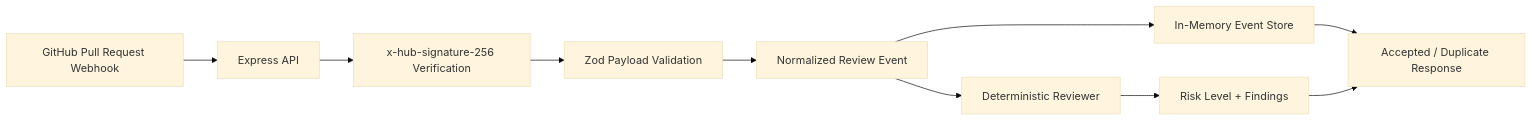
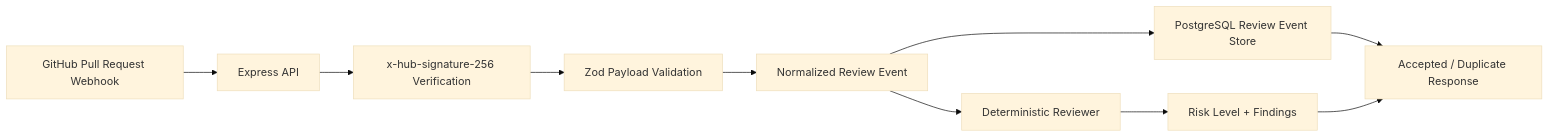
Before and after one commit to Zayedkz/ai-code-review-agent: the diagram in README.md, drawn with Mermaid (base theme). The commit also changed other lines of this file and 8 other files, not shown here.

````diff
--- a/README.md
+++ b/README.md
@@ -22,12 +22,12 @@
 ```mermaid
 flowchart LR
     GitHub[GitHub Pull Request Webhook] --> API[Express API]
     API --> Signature[x-hub-signature-256 Verification]
     Signature --> Validate[Zod Payload Validation]
     Validate --> Normalize[Normalized Review Event]
-    Normalize --> Store[In-Memory Event Store]
+    Normalize --> Store[PostgreSQL Review Event Store]
     Normalize --> Reviewer[Deterministic Reviewer]
     Reviewer --> Findings[Risk Level + Findings]
     Store --> Response[Accepted / Duplicate Response]
     Findings --> Response
 ```
````
